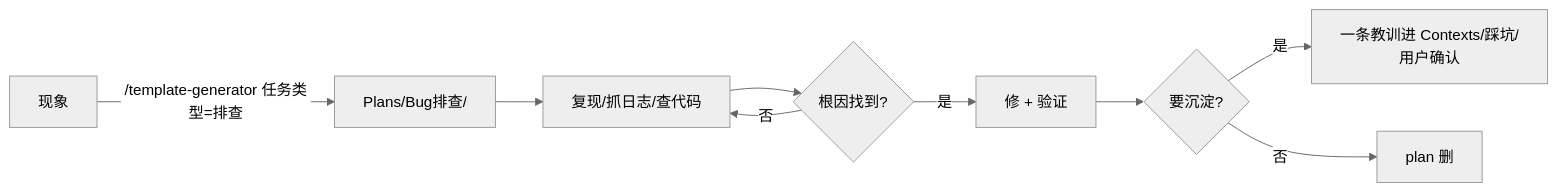
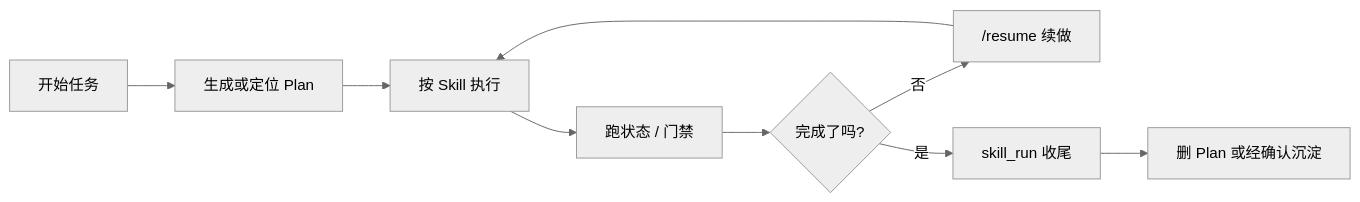
Before and after one commit to Wlx682/AI-Work-Kit: the diagram in Contexts/决策/新手引导与最佳实践.md, drawn with Mermaid (neutral theme). The commit also changed other lines of this file and 13 other files, not shown here.

````diff
--- a/Contexts/决策/新手引导与最佳实践.md
+++ b/Contexts/决策/新手引导与最佳实践.md
@@ -201,11 +100,11 @@
 ```mermaid
 flowchart LR
-    A[现象] -->|/template-generator 任务类型=排查| B[Plans/Bug排查/]
-    B --> C[复现/抓日志/查代码]
-    C --> D{根因找到?}
-    D -->|否| C
-    D -->|是| E[修 + 验证]
-    E --> F{要沉淀?}
-    F -->|是| G[一条教训进 Contexts/踩坑/<br/>用户确认]
-    F -->|否| H[plan 删]
+    A["开始任务"] --> B["生成或定位 Plan"]
+    B --> C["按 Skill 执行"]
+    C --> D["跑状态 / 门禁"]
+    D --> E{"完成了吗?"}
+    E -->|否| F["/resume 续做"]
+    F --> C
+    E -->|是| G["skill_run 收尾"]
+    G --> H["删 Plan 或经确认沉淀"]
 ```
````
